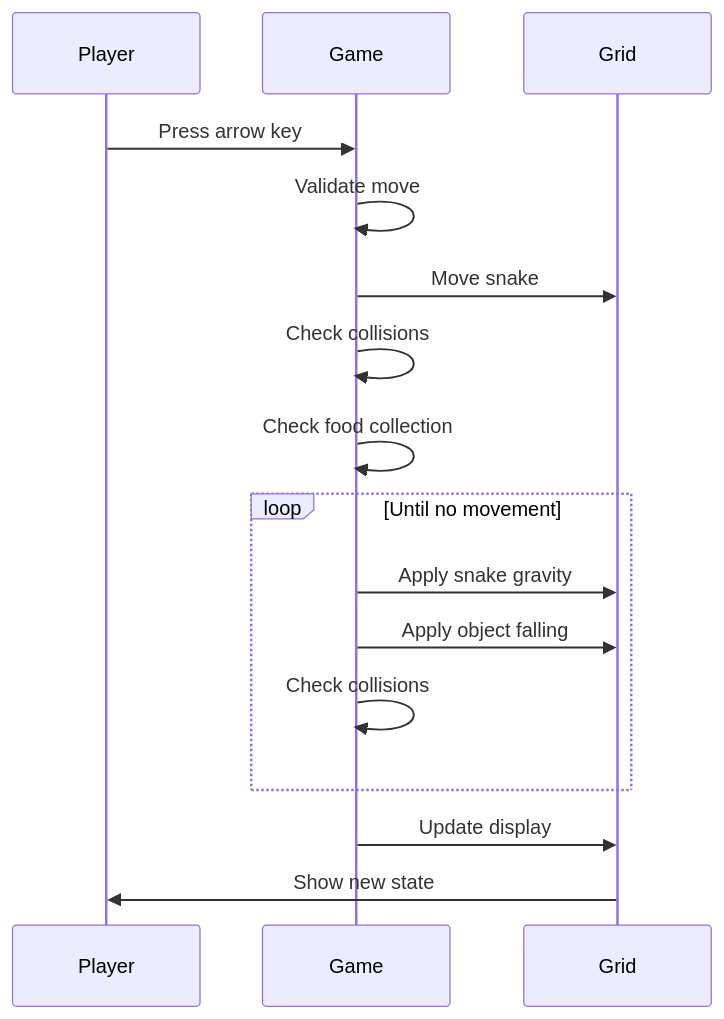
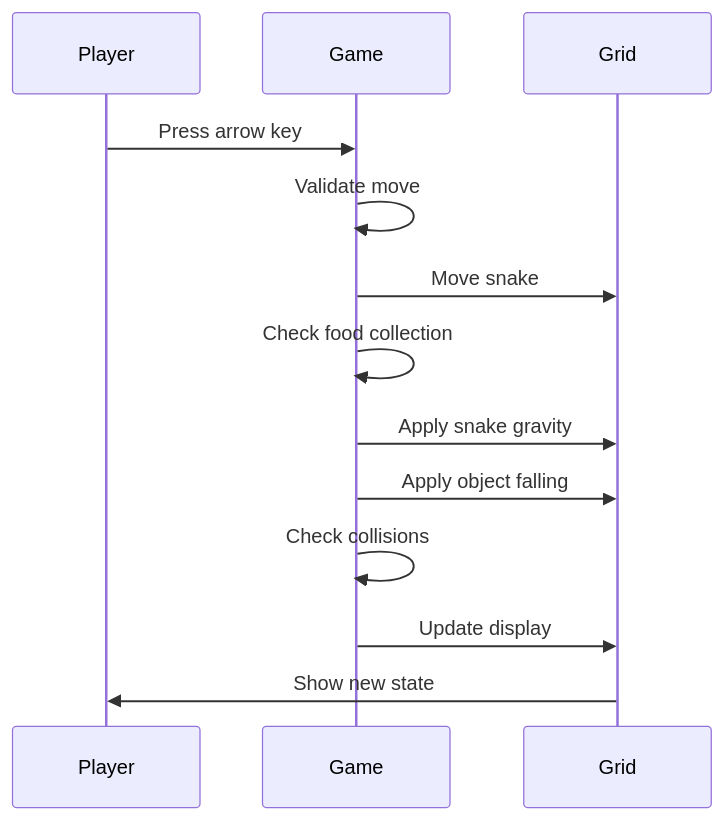
Before and after one commit to NNTin/gSnake: the diagram in epics/rust-core/extended-core-flows.md, drawn with Mermaid. The commit also changed other lines of this file and 2 other files, not shown here.

Commit message:
refined extended game engine specs

````diff
--- a/epics/rust-core/extended-core-flows.md
+++ b/epics/rust-core/extended-core-flows.md
@@ -51,21 +55,16 @@
 ```mermaid
 sequenceDiagram
     participant Player
     participant Game
     participant Grid
-
+    
     Player->>Game: Press arrow key
     Game->>Game: Validate move
     Game->>Grid: Move snake
+    Game->>Game: Check food collection
+    Game->>Grid: Apply snake gravity
+    Game->>Grid: Apply object falling
     Game->>Game: Check collisions
-    Game->>Game: Check food collection
-
-    loop Until no movement
-        Game->>Grid: Apply snake gravity
-        Game->>Grid: Apply object falling
-        Game->>Game: Check collisions
-    end
-
     Game->>Grid: Update display
     Grid->>Player: Show new state
 ```
````
